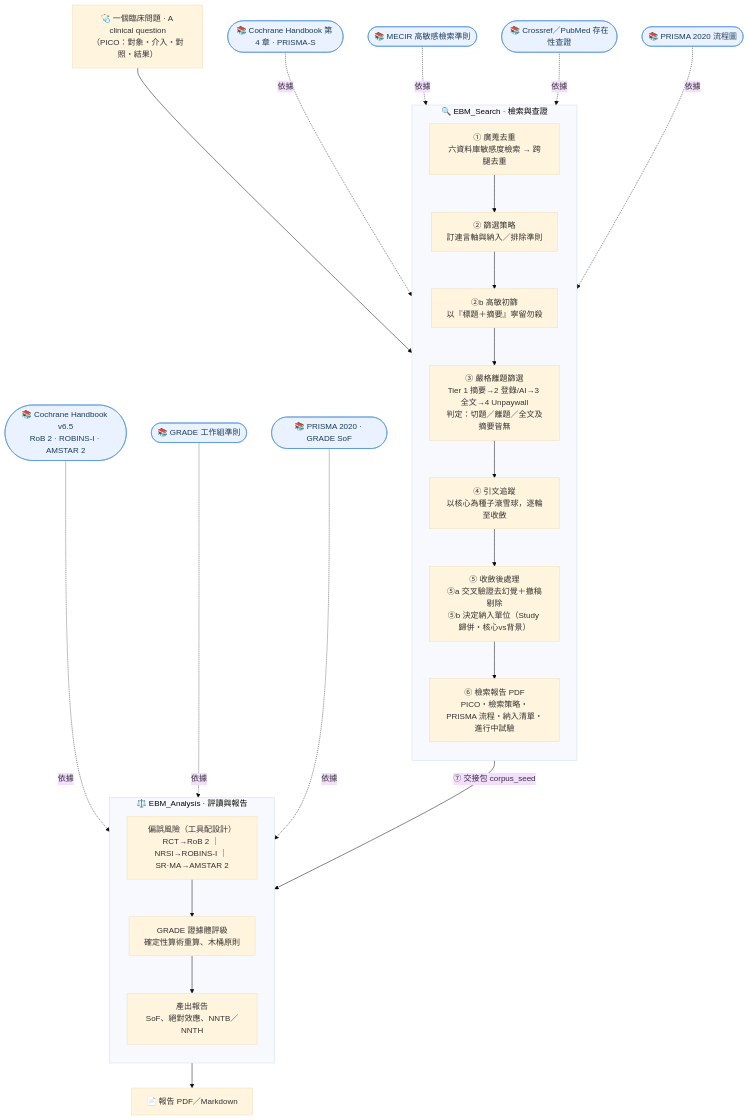
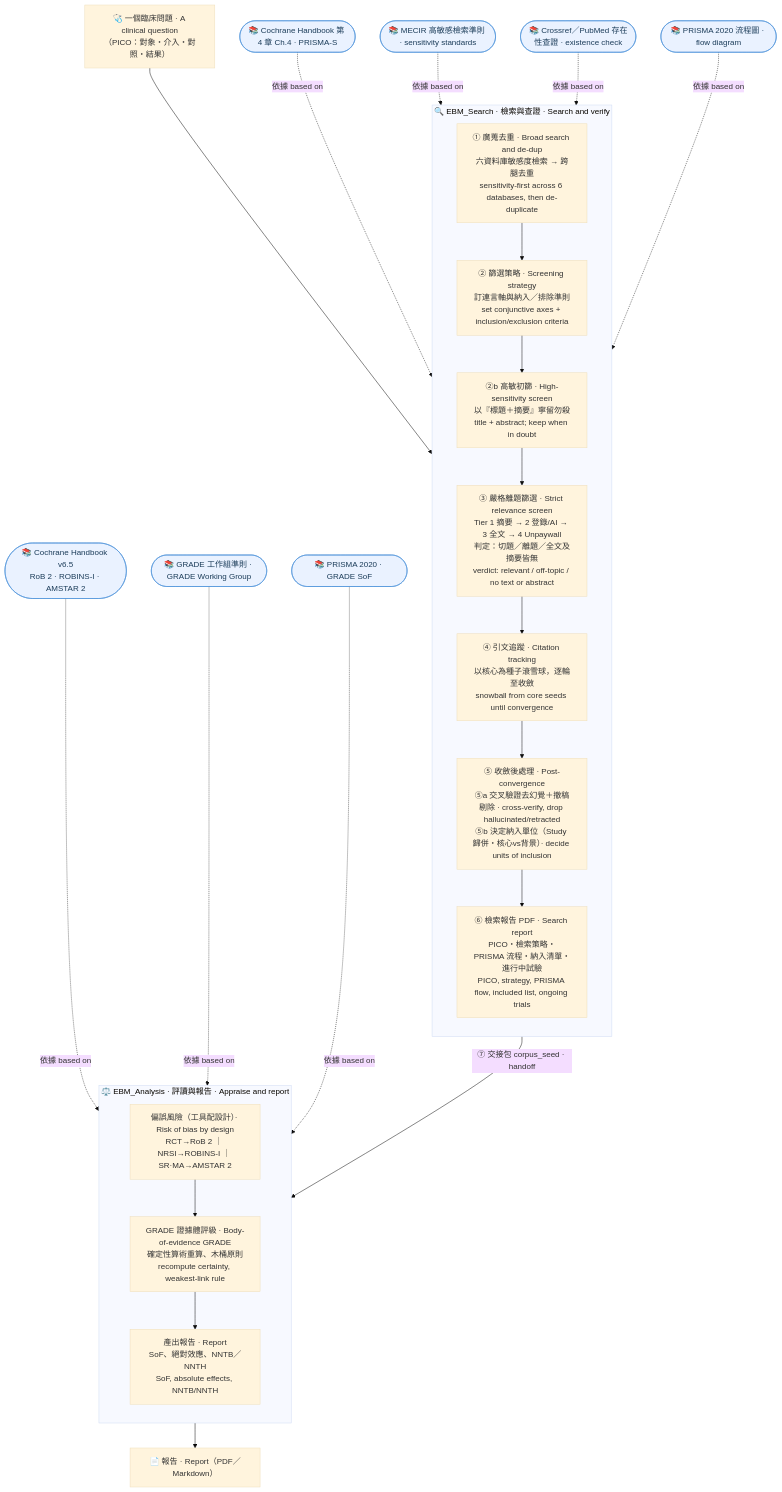
Before and after one commit to kau10082/EBM_Framework: the diagram in README.md, drawn with Mermaid (base theme).

Commit message:
docs(readme): make pipeline flowchart fully bilingual (中英對照)
流程圖每個節點、子圖標題、交接箭頭與學術標準註記都改為中英對照，與最上方「臨床問題」節點風格一致。

````diff
--- a/README.md
+++ b/README.md
@@ -37,39 +37,39 @@
 ```mermaid
 flowchart TD
     Q["🩺 一個臨床問題 · A clinical question<br/>（PICO：對象・介入・對照・結果）"]
 
-    subgraph S["🔍 EBM_Search · 檢索與查證"]
+    subgraph S["🔍 EBM_Search · 檢索與查證 · Search and verify"]
       direction TB
-      S1["① 廣蒐去重<br/>六資料庫敏感度檢索 → 跨腿去重"]
-      S2["② 篩選策略<br/>訂連言軸與納入／排除準則"]
-      S2b["②b 高敏初篩<br/>以『標題＋摘要』寧留勿殺"]
-      S3["③ 嚴格離題篩選<br/>Tier 1 摘要→2 登錄/AI→3 全文→4 Unpaywall<br/>判定：切題／離題／全文及摘要皆無"]
-      S4["④ 引文追蹤<br/>以核心為種子滾雪球，逐輪至收斂"]
-      S5["⑤ 收斂後處理<br/>⑤a 交叉驗證去幻覺＋撤稿剔除<br/>⑤b 決定納入單位（Study 歸併・核心vs背景）"]
-      S6["⑥ 檢索報告 PDF<br/>PICO・檢索策略・PRISMA 流程・納入清單・進行中試驗"]
+      S1["① 廣蒐去重 · Broad search and de-dup<br/>六資料庫敏感度檢索 → 跨腿去重<br/>sensitivity-first across 6 databases, then de-duplicate"]
+      S2["② 篩選策略 · Screening strategy<br/>訂連言軸與納入／排除準則<br/>set conjunctive axes + inclusion/exclusion criteria"]
+      S2b["②b 高敏初篩 · High-sensitivity screen<br/>以『標題＋摘要』寧留勿殺<br/>title + abstract; keep when in doubt"]
+      S3["③ 嚴格離題篩選 · Strict relevance screen<br/>Tier 1 摘要 → 2 登錄/AI → 3 全文 → 4 Unpaywall<br/>判定：切題／離題／全文及摘要皆無<br/>verdict: relevant / off-topic / no text or abstract"]
+      S4["④ 引文追蹤 · Citation tracking<br/>以核心為種子滾雪球，逐輪至收斂<br/>snowball from core seeds until convergence"]
+      S5["⑤ 收斂後處理 · Post-convergence<br/>⑤a 交叉驗證去幻覺＋撤稿剔除 · cross-verify, drop hallucinated/retracted<br/>⑤b 決定納入單位（Study 歸併・核心vs背景）· decide units of inclusion"]
+      S6["⑥ 檢索報告 PDF · Search report<br/>PICO・檢索策略・PRISMA 流程・納入清單・進行中試驗<br/>PICO, strategy, PRISMA flow, included list, ongoing trials"]
       S1 --> S2 --> S2b --> S3 --> S4 --> S5 --> S6
     end
 
-    subgraph N["⚖️ EBM_Analysis · 評讀與報告"]
+    subgraph N["⚖️ EBM_Analysis · 評讀與報告 · Appraise and report"]
       direction TB
-      D["偏誤風險（工具配設計）<br/>RCT→RoB 2 ｜ NRSI→ROBINS-I ｜ SR·MA→AMSTAR 2"]
-      E["GRADE 證據體評級<br/>確定性算術重算、木桶原則"]
-      F["產出報告<br/>SoF、絕對效應、NNTB／NNTH"]
+      D["偏誤風險（工具配設計）· Risk of bias by design<br/>RCT→RoB 2 ｜ NRSI→ROBINS-I ｜ SR·MA→AMSTAR 2"]
+      E["GRADE 證據體評級 · Body-of-evidence GRADE<br/>確定性算術重算、木桶原則<br/>recompute certainty, weakest-link rule"]
+      F["產出報告 · Report<br/>SoF、絕對效應、NNTB／NNTH<br/>SoF, absolute effects, NNTB/NNTH"]
       D --> E --> F
     end
 
     Q --> S1
-    S6 -->|⑦ 交接包 corpus_seed| D
-    F --> R["📄 報告 PDF／Markdown"]
+    S6 -->|"⑦ 交接包 corpus_seed · handoff"| D
+    F --> R["📄 報告 · Report（PDF／Markdown）"]
 
-    g1(["📚 Cochrane Handbook 第 4 章 · PRISMA-S"]) -. 依據 .-> S1
-    g2(["📚 MECIR 高敏感檢索準則"]) -. 依據 .-> S2b
-    g5(["📚 Crossref／PubMed 存在性查證"]) -. 依據 .-> S5
-    g6(["📚 PRISMA 2020 流程圖"]) -. 依據 .-> S6
-    gD(["📚 Cochrane Handbook v6.5<br/>RoB 2 · ROBINS-I · AMSTAR 2"]) -. 依據 .-> D
-    gE(["📚 GRADE 工作組準則"]) -. 依據 .-> E
-    gF(["📚 PRISMA 2020 · GRADE SoF"]) -. 依據 .-> F
+    g1(["📚 Cochrane Handbook 第 4 章 Ch.4 · PRISMA-S"]) -. 依據 based on .-> S1
+    g2(["📚 MECIR 高敏感檢索準則 · sensitivity standards"]) -. 依據 based on .-> S2b
+    g5(["📚 Crossref／PubMed 存在性查證 · existence check"]) -. 依據 based on .-> S5
+    g6(["📚 PRISMA 2020 流程圖 · flow diagram"]) -. 依據 based on .-> S6
+    gD(["📚 Cochrane Handbook v6.5<br/>RoB 2 · ROBINS-I · AMSTAR 2"]) -. 依據 based on .-> D
+    gE(["📚 GRADE 工作組準則 · GRADE Working Group"]) -. 依據 based on .-> E
+    gF(["📚 PRISMA 2020 · GRADE SoF"]) -. 依據 based on .-> F
 
     classDef std fill:#eaf2ff,stroke:#4a90d9,color:#1c3d5a;
     class g1,g2,g5,g6,gD,gE,gF std;
 ```
````
